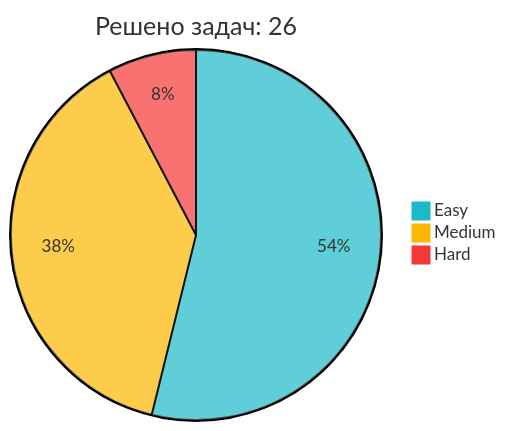
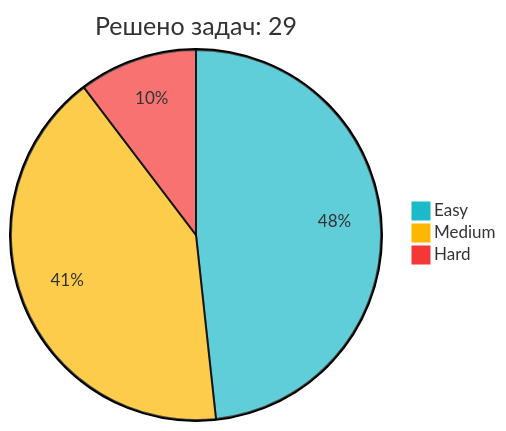
One commit to IliaKurdukov/IliaKurdukov changed the diagram in README.md. Above: the diagram before and after it, drawn with Mermaid. The commit also changed other lines of this file, not shown here.

Commit message:
📈 Обновление статистики LeetCode

````diff
--- a/README.md
+++ b/README.md
@@ -51,7 +51,7 @@
 ```mermaid
 %%{init: {'theme': 'base', 'themeVariables': { 'pie1': '#1CBAC8', 'pie2': '#FEB700', 'pie3': '#F63737' }, 'config': {'width': 300, 'height': 200}}}%%
-pie title Решено задач: 26
+pie title Решено задач: 29
    "Easy" : 14
-   "Medium" : 10
-   "Hard" : 2
+   "Medium" : 12
+   "Hard" : 3
 ```
````
